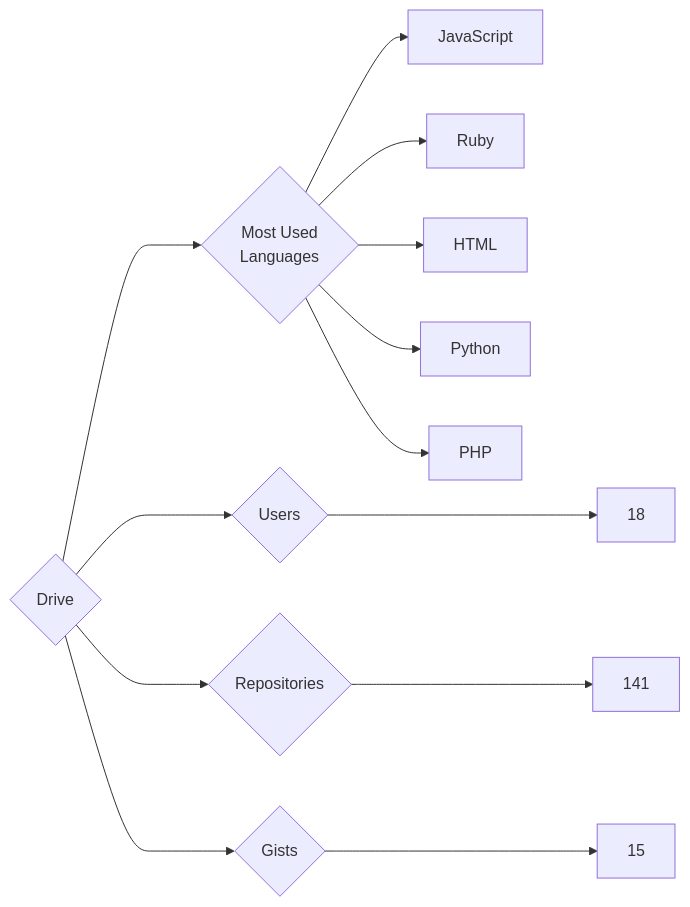
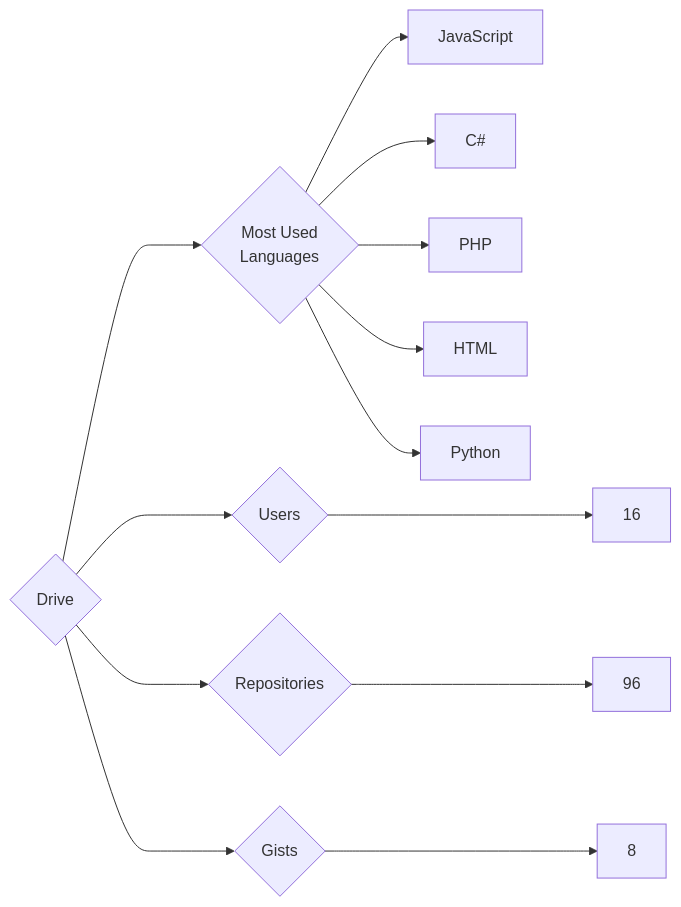
Before and after one commit to trickest/insiders: the diagram in targets/Drive/README.md, drawn with Mermaid. The commit also changed 916 other files, not shown here.

````diff
--- a/targets/Drive/README.md
+++ b/targets/Drive/README.md
@@ -3,13 +3,13 @@
 ```mermaid
 graph LR
 COMPANY_NAME{Drive}
-COMPANY_NAME ---> U{Users} ---> UN[18]
-COMPANY_NAME ---> R{Repositories} ---> RN[141]
-COMPANY_NAME ---> G{Gists} ---> GN[15]
+COMPANY_NAME ---> U{Users} ---> UN[16]
+COMPANY_NAME ---> R{Repositories} ---> RN[96]
+COMPANY_NAME ---> G{Gists} ---> GN[8]
 COMPANY_NAME ---> ML{Most Used<br>Languages}
 ML --> JavaScript[JavaScript]
-ML --> Ruby[Ruby]
+ML --> C#[C#]
+ML --> PHP[PHP]
 ML --> HTML[HTML]
 ML --> Python[Python]
-ML --> PHP[PHP]
 ```
````
